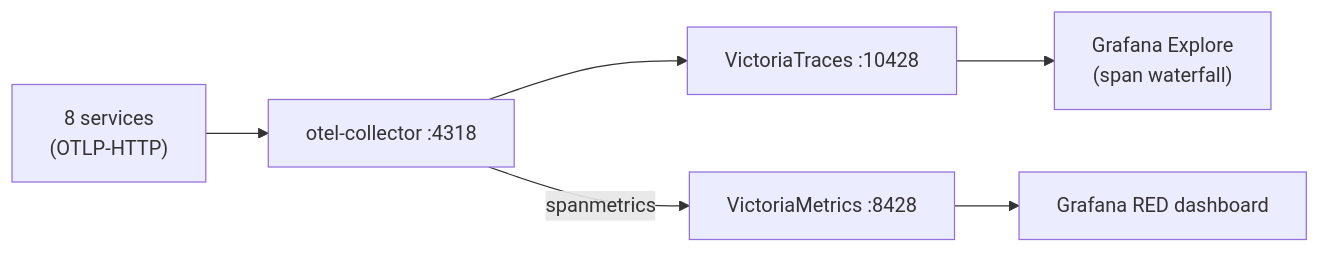
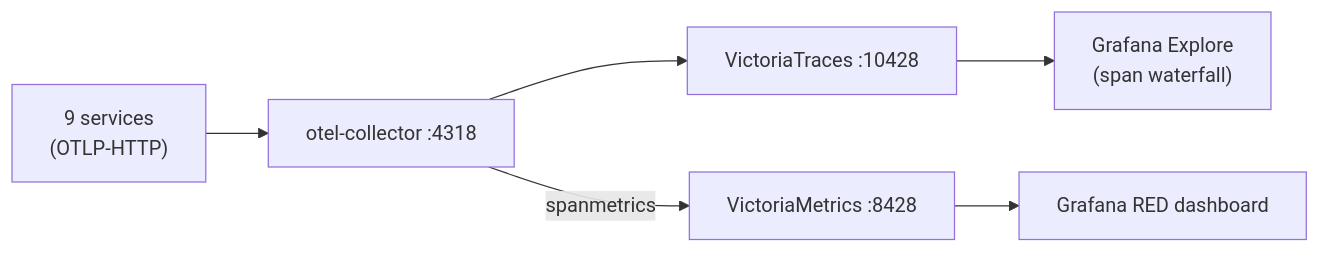
Before and after one commit to duynhlab/homelab: the second of 2 diagrams in local-stack/README.md, drawn with Mermaid. The commit also changed other lines of this file and 2 other files, not shown here.

````diff
--- a/local-stack/README.md
+++ b/local-stack/README.md
@@ -210,8 +210,8 @@
 ```mermaid
 flowchart LR
-    SVC["8 services<br/>(OTLP-HTTP)"] --> COL["otel-collector :4318"]
+    SVC["9 services<br/>(OTLP-HTTP)"] --> COL["otel-collector :4318"]
     COL --> VT["VictoriaTraces :10428"]
     COL -->|"spanmetrics"| VM["VictoriaMetrics :8428"]
     VT --> EXP["Grafana Explore<br/>(span waterfall)"]
     VM --> RED["Grafana RED dashboard"]
 ```
````
